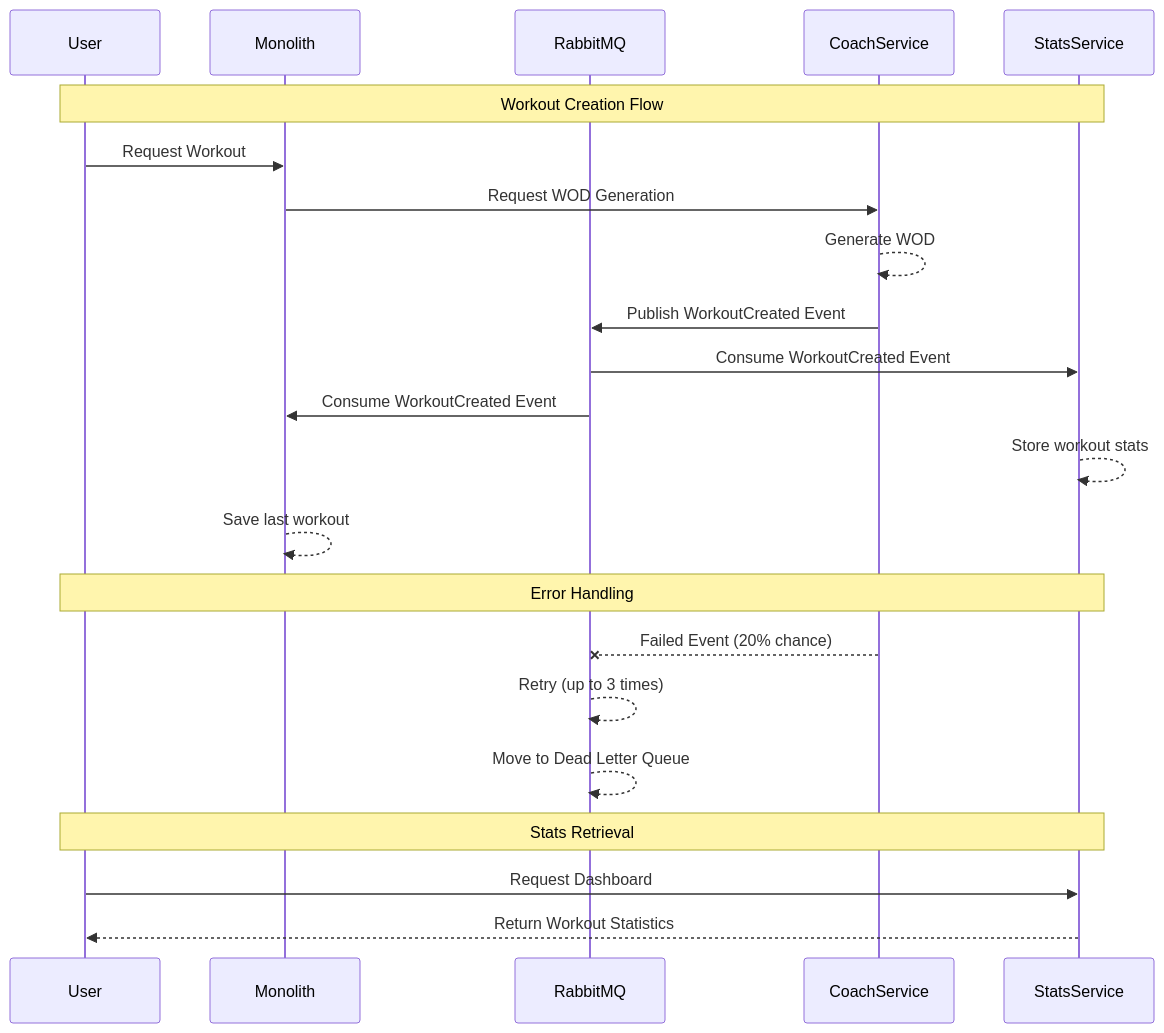
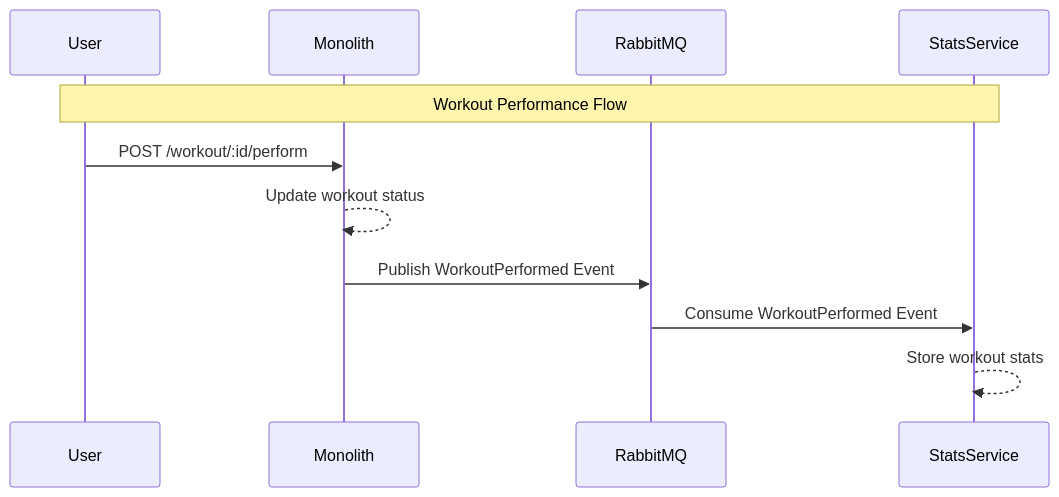
Before and after one commit to takujoye14/fit-company: the diagram in docs/03-students_assignment.md, drawn with Mermaid. The commit also changed other lines of this file, not shown here.

````diff
--- a/docs/03-students_assignment.md
+++ b/docs/03-students_assignment.md
@@ -25,27 +25,15 @@
 ```mermaid
 sequenceDiagram
     participant User
     participant Monolith
     participant RabbitMQ
-    participant CoachService
     participant StatsService
 
-    Note over User,StatsService: Workout Creation Flow
-    User->>Monolith: Request Workout
-    Monolith->>CoachService: Request WOD Generation
-    CoachService-->>CoachService: Generate WOD
-    CoachService->>RabbitMQ: Publish WorkoutCreated Event
-    RabbitMQ->>StatsService: Consume WorkoutCreated Event
-    RabbitMQ->>Monolith: Consume WorkoutCreated Event
+    Note over User,StatsService: Workout Performance Flow
+    User->>Monolith: POST /workout/:id/perform
+    Monolith-->>Monolith: Update workout status
+    Monolith->>RabbitMQ: Publish WorkoutPerformed Event
+    RabbitMQ->>StatsService: Consume WorkoutPerformed Event
     StatsService-->>StatsService: Store workout stats
-    Monolith-->>Monolith: Save last workout
 
-    Note over User,StatsService: Error Handling
-    CoachService--xRabbitMQ: Failed Event (20% chance)
-    RabbitMQ-->>RabbitMQ: Retry (up to 3 times)
-    RabbitMQ-->>RabbitMQ: Move to Dead Letter Queue
-
-    Note over User,StatsService: Stats Retrieval
-    User->>StatsService: Request Dashboard
-    StatsService-->>User: Return Workout Statistics
 ```
````
